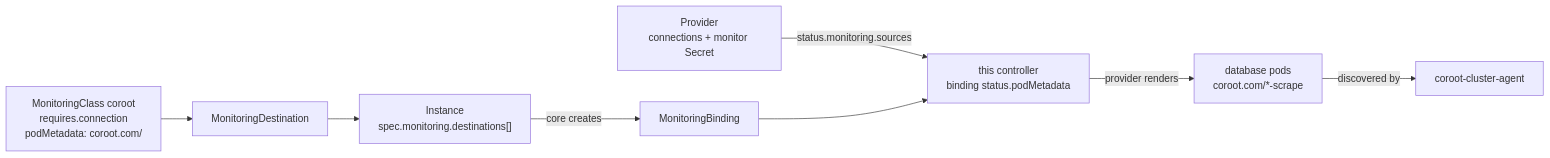
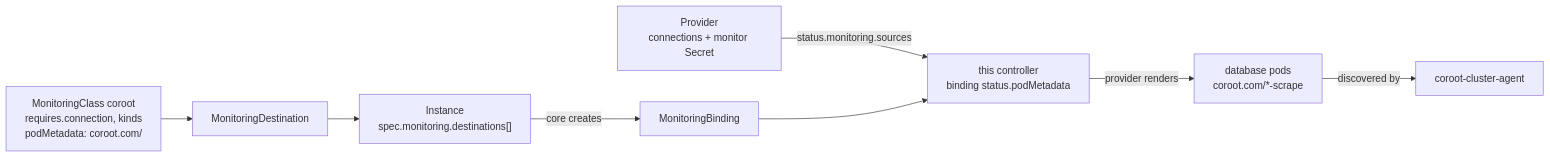
One commit to openeverest/monitoring-coroot changed the diagram in README.md. Above: the diagram before and after it, drawn with Mermaid. The commit also changed other lines of this file and 10 other files, not shown here.

````diff
--- a/README.md
+++ b/README.md
@@ -21,10 +21,10 @@
 ```mermaid
 flowchart LR
-    C["MonitoringClass coroot<br/>requires.connection<br/>podMetadata: coroot.com/"] --> D[MonitoringDestination]
+    C["MonitoringClass coroot<br/>requires.connection, kinds<br/>podMetadata: coroot.com/"] --> D[MonitoringDestination]
     D --> E["Instance<br/>spec.monitoring.destinations[]"]
     E -->|core creates| B[MonitoringBinding]
     P["Provider<br/>connections + monitor Secret"] -->|status.monitoring.sources| X
     B --> X["this controller<br/>binding status.podMetadata"]
     X -->|provider renders| Pods["database pods<br/>coroot.com/*-scrape"]
     Pods -->|discovered by| A[coroot-cluster-agent]
 ```
````
